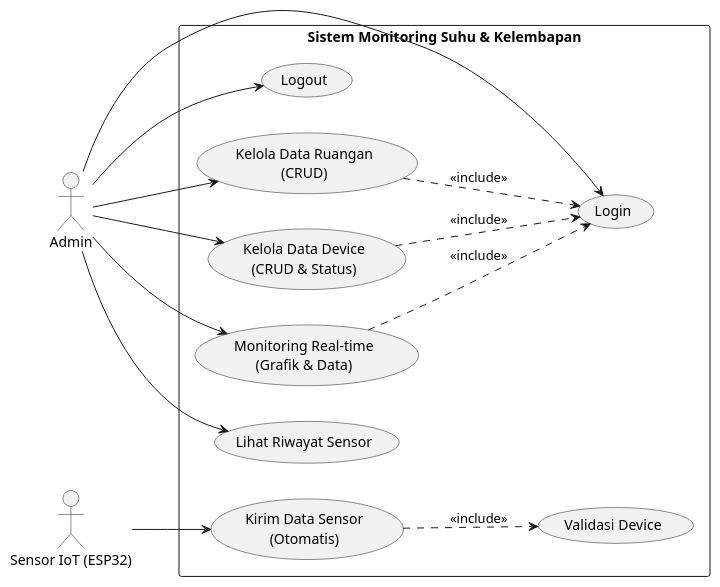
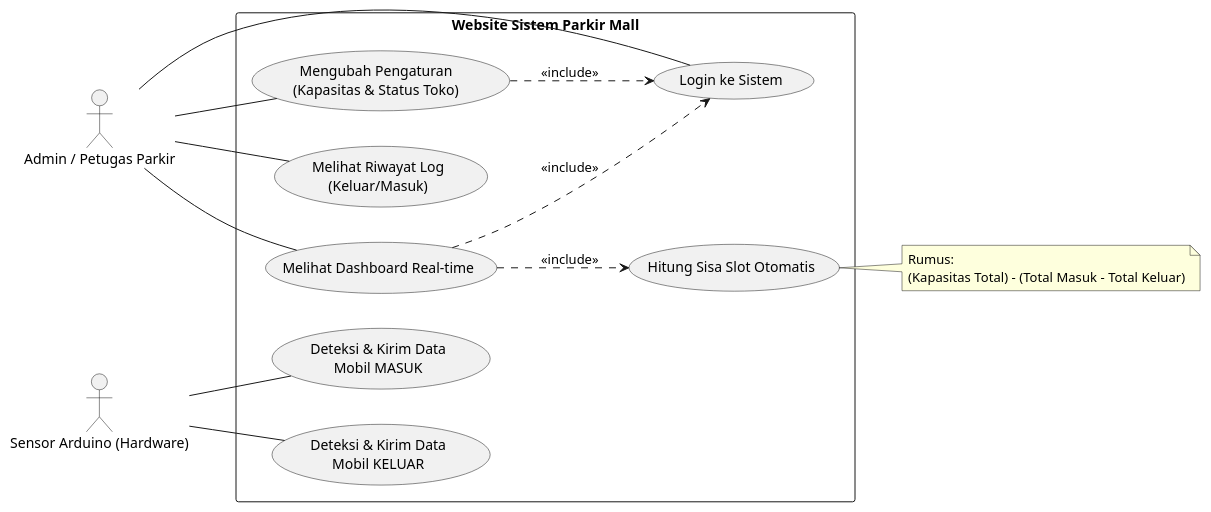
The diagram in UseCase.puml (A-PPAW-TI503P-2025/PROJECT_KELOMPOK1_INFRARED), drawn with PlantUML before and after one commit.

Commit message:
Mengubah Use Case

```diff
--- a/UseCase.puml
+++ b/UseCase.puml
@@ -1,42 +1,51 @@
 @startuml
 left to right direction
 skinparam packageStyle rectangle
 
-actor "Admin" as admin
-actor "Sensor IoT (ESP32)" as sensor
+' Definisi Aktor
+actor "Admin / Petugas Parkir" as admin
+actor "Sensor Arduino (Hardware)" as sensor
 
-package "Sistem Monitoring Suhu & Kelembapan" {
-    
-    usecase "Login" as UC_Login
-    usecase "Logout" as UC_Logout
-    
-    usecase "Kelola Data Ruangan\n(CRUD)" as UC_Ruangan
-    usecase "Kelola Data Device\n(CRUD & Status)" as UC_Device
-    
-    usecase "Monitoring Real-time\n(Grafik & Data)" as UC_Monitor
-    usecase "Lihat Riwayat Sensor" as UC_History
-    
-    usecase "Kirim Data Sensor\n(Otomatis)" as UC_Send
-    usecase "Validasi Device" as UC_Validasi
+rectangle "Website Sistem Parkir Mall" {
+
+    ' Use Case untuk Autentikasi
+    usecase "Login ke Sistem" as UC_Login
+
+    ' Use Case Admin
+    usecase "Melihat Dashboard Real-time" as UC_Dashboard
+    usecase "Mengubah Pengaturan\n(Kapasitas & Status Toko)" as UC_Settings
+    usecase "Melihat Riwayat Log\n(Keluar/Masuk)" as UC_Log
+
+    ' Use Case Sistem/Sensor
+    usecase "Deteksi & Kirim Data\nMobil MASUK" as UC_InputMasuk
+    usecase "Deteksi & Kirim Data\nMobil KELUAR" as UC_InputKeluar
+
+    ' Use Case Logika Internal (Invisible)
+    usecase "Hitung Sisa Slot Otomatis" as UC_Hitung
+
 }
 
 ' Relasi Admin
-admin --> UC_Login
-admin --> UC_Ruangan
-admin --> UC_Device
-admin --> UC_Monitor
-admin --> UC_History
-admin --> UC_Logout
+admin -- UC_Login
+admin -- UC_Dashboard
+admin -- UC_Settings
+admin -- UC_Log
 
-' Relasi Sensor (Otomatisasi)
-sensor --> UC_Send
+' Relasi Sensor
+sensor -- UC_InputMasuk
+sensor -- UC_InputKeluar
 
-' Relasi Include (Fungsionalitas Sistem)
-UC_Send ..> UC_Validasi : <<include>>
-UC_Monitor ..> UC_Login : <<include>>
-UC_Ruangan ..> UC_Login : <<include>>
-UC_Device ..> UC_Login : <<include>>
+' Relasi Include (Ketergantungan)
+' Artinya: Saat membuka Dashboard, sistem WAJIB menghitung sisa slot
+UC_Dashboard ..> UC_Hitung : <<include>>
 
+' Syarat Login (Opsional secara visual, tapi logis)
+UC_Dashboard ..> UC_Login : <<include>>
+UC_Settings ..> UC_Login : <<include>>
 
+note right of UC_Hitung
+  Rumus:
+  (Kapasitas Total) - (Total Masuk - Total Keluar)
+end note
 
 @enduml
```
